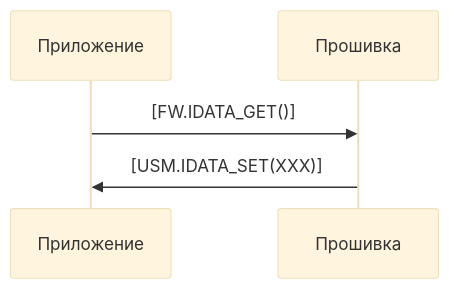
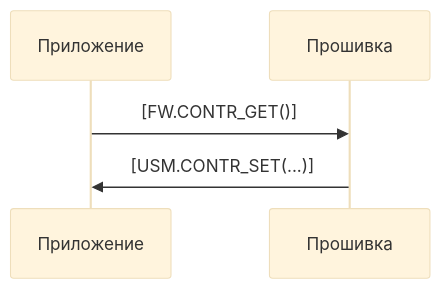
The first of 2 diagrams in PDS/SynapsePDS_FW_Logic.md (KhudyakovAlex/Synapse), drawn with Mermaid (base theme) before and after one commit. The commit also changed other lines of this file and 5 other files, not shown here.

````diff
--- a/PDS/SynapsePDS_FW_Logic.md
+++ b/PDS/SynapsePDS_FW_Logic.md
@@ -62,8 +69,8 @@
 ```mermaid
 sequenceDiagram
     participant Приложение
     participant Прошивка
 
-    Приложение->>Прошивка:[FW.IDATA_GET()]
-    Прошивка->>Приложение:[USM.IDATA_SET(XXX)]
+    Приложение->>Прошивка:[FW.CONTR_GET()]
+    Прошивка->>Приложение:[USM.CONTR_SET(...)]
 ```
````
